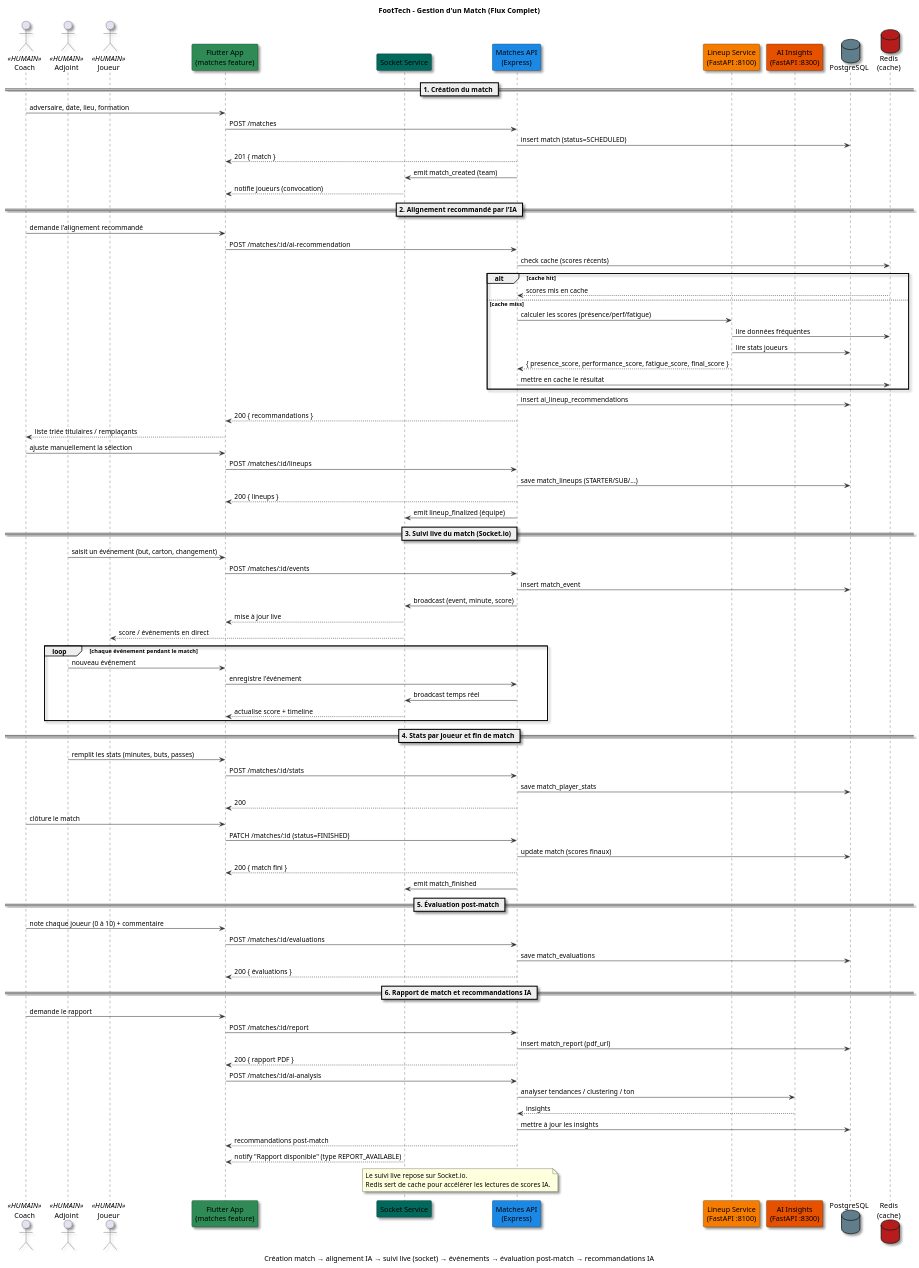
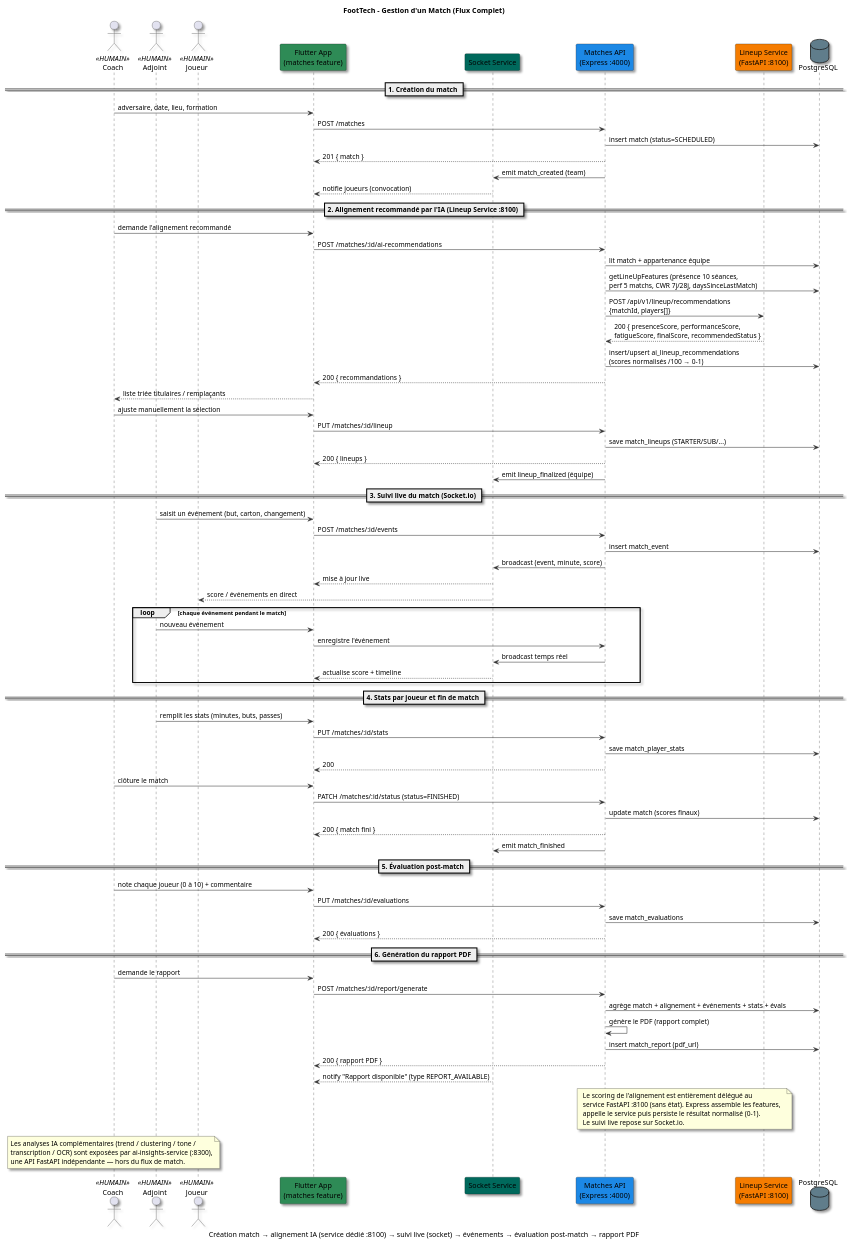
The diagram in diagrammes/07_match_management.puml (boubayafares/pfe_complete), drawn with PlantUML before and after one commit. The commit also changed 588 other files, not shown here.

```diff
--- a/diagrammes/07_match_management.puml
+++ b/diagrammes/07_match_management.puml
@@ -1,134 +1,132 @@
 @startuml
 !pragma layout smetana
 title FootTech - Gestion d'un Match (Flux Complet)
-caption Création match → alignement IA → suivi live (socket) → événements → évaluation post-match → recommandations IA
+caption Création match → alignement IA (service dédié :8100) → suivi live (socket) → événements → évaluation post-match → rapport PDF
 
 skinparam backgroundColor #FFFFFF
 skinparam defaultFontName "Segoe UI"
 skinparam shadowing true
 skinparam ArrowColor #333333
 
 ' ============================================================================
 ' PARTICIPANTS
 ' ============================================================================
 actor "Coach" as COACH <<HUMAIN>>
 actor "Adjoint" as ADJOINT <<HUMAIN>>
 actor "Joueur" as PLAYER <<HUMAIN>>
 
 ' --- FLUTTER (VERT) ---
 participant "Flutter App\n(matches feature)" as FLUTTER #2E8B57
 participant "Socket Service" as SOCKET #00695C
 
 ' --- API / SERVICES (BLEU / ORANGE) ---
-participant "Matches API\n(Express)" as MATCH_API #1E88E5
+participant "Matches API\n(Express :4000)" as MATCH_API #1E88E5
 participant "Lineup Service\n(FastAPI :8100)" as LINEUP #F57C00
-participant "AI Insights\n(FastAPI :8300)" as INSIGHTS #E65100
 
 ' --- STOCKAGE ---
 database "PostgreSQL" as PG #607D8B
-database "Redis\n(cache)" as REDIS #B71C1C
 
 ' ============================================================================
 ' ÉTAPE 1 : CRÉATION DU MATCH
 ' ============================================================================
 == 1. Création du match ==
 
 COACH -> FLUTTER : adversaire, date, lieu, formation
 FLUTTER -> MATCH_API : POST /matches
 MATCH_API -> PG : insert match (status=SCHEDULED)
 MATCH_API --> FLUTTER : 201 { match }
 MATCH_API -> SOCKET : emit match_created (team)
 SOCKET --> FLUTTER : notifie joueurs (convocation)
 
 ' ============================================================================
 ' ÉTAPE 2 : CALCUL DE L'ALIGNEMENT IA
 ' ============================================================================
-== 2. Alignement recommandé par l'IA ==
+== 2. Alignement recommandé par l'IA (Lineup Service :8100) ==
 
 COACH -> FLUTTER : demande l'alignement recommandé
-FLUTTER -> MATCH_API : POST /matches/:id/ai-recommendation
-MATCH_API -> REDIS : check cache (scores récents)
-alt cache hit
-    REDIS --> MATCH_API : scores mis en cache
-else cache miss
-    MATCH_API -> LINEUP : calculer les scores (présence/perf/fatigue)
-    LINEUP -> REDIS : lire données fréquentes
-    LINEUP -> PG : lire stats joueurs
-    LINEUP --> MATCH_API : { presence_score, performance_score, fatigue_score, final_score }
-    MATCH_API -> REDIS : mettre en cache le résultat
-end
-MATCH_API -> PG : insert ai_lineup_recommendations
+FLUTTER -> MATCH_API : POST /matches/:id/ai-recommendations
+MATCH_API -> PG : lit match + appartenance équipe
+MATCH_API -> PG : getLineUpFeatures (présence 10 séances,\nperf 5 matchs, CWR 7j/28j, daysSinceLastMatch)
+MATCH_API -> LINEUP : POST /api/v1/lineup/recommendations\n{matchId, players[]}
+LINEUP --> MATCH_API : 200 { presenceScore, performanceScore,\nfatigueScore, finalScore, recommendedStatus }
+MATCH_API -> PG : insert/upsert ai_lineup_recommendations\n(scores normalisés /100 → 0-1)
 MATCH_API --> FLUTTER : 200 { recommandations }
 FLUTTER --> COACH : liste triée titulaires / remplaçants
 
 COACH -> FLUTTER : ajuste manuellement la sélection
-FLUTTER -> MATCH_API : POST /matches/:id/lineups
+FLUTTER -> MATCH_API : PUT /matches/:id/lineup
 MATCH_API -> PG : save match_lineups (STARTER/SUB/...)
 MATCH_API --> FLUTTER : 200 { lineups }
 MATCH_API -> SOCKET : emit lineup_finalized (équipe)
 
 ' ============================================================================
 ' ÉTAPE 3 : SUIVI LIVE VIA SOCKET
 ' ============================================================================
 == 3. Suivi live du match (Socket.io) ==
 
 ADJOINT -> FLUTTER : saisit un événement (but, carton, changement)
 FLUTTER -> MATCH_API : POST /matches/:id/events
 MATCH_API -> PG : insert match_event
 MATCH_API -> SOCKET : broadcast (event, minute, score)
 SOCKET --> FLUTTER : mise à jour live
 SOCKET --> PLAYER : score / événements en direct
 
 loop chaque événement pendant le match
     ADJOINT -> FLUTTER : nouveau événement
     FLUTTER -> MATCH_API : enregistre l'événement
     MATCH_API -> SOCKET : broadcast temps réel
     SOCKET --> FLUTTER : actualise score + timeline
 end
 
 ' ============================================================================
 ' ÉTAPE 4 : STATISTIQUES + FIN DE MATCH
 ' ============================================================================
 == 4. Stats par joueur et fin de match ==
 
 ADJOINT -> FLUTTER : remplit les stats (minutes, buts, passes)
-FLUTTER -> MATCH_API : POST /matches/:id/stats
+FLUTTER -> MATCH_API : PUT /matches/:id/stats
 MATCH_API -> PG : save match_player_stats
 MATCH_API --> FLUTTER : 200
 
 COACH -> FLUTTER : clôture le match
-FLUTTER -> MATCH_API : PATCH /matches/:id (status=FINISHED)
+FLUTTER -> MATCH_API : PATCH /matches/:id/status (status=FINISHED)
 MATCH_API -> PG : update match (scores finaux)
 MATCH_API --> FLUTTER : 200 { match fini }
 MATCH_API -> SOCKET : emit match_finished
 
 ' ============================================================================
 ' ÉTAPE 5 : ÉVALUATION POST-MATCH
 ' ============================================================================
 == 5. Évaluation post-match ==
 
 COACH -> FLUTTER : note chaque joueur (0 à 10) + commentaire
-FLUTTER -> MATCH_API : POST /matches/:id/evaluations
+FLUTTER -> MATCH_API : PUT /matches/:id/evaluations
 MATCH_API -> PG : save match_evaluations
 MATCH_API --> FLUTTER : 200 { évaluations }
 
 ' ============================================================================
-' ÉTAPE 6 : RAPPORT + RECOMMANDATIONS IA
+' ÉTAPE 6 : RAPPORT DE MATCH
 ' ============================================================================
-== 6. Rapport de match et recommandations IA ==
+== 6. Génération du rapport PDF ==
 
 COACH -> FLUTTER : demande le rapport
-FLUTTER -> MATCH_API : POST /matches/:id/report
+FLUTTER -> MATCH_API : POST /matches/:id/report/generate
+MATCH_API -> PG : agrège match + alignement + événements + stats + évals
+MATCH_API -> MATCH_API : génère le PDF (rapport complet)
 MATCH_API -> PG : insert match_report (pdf_url)
 MATCH_API --> FLUTTER : 200 { rapport PDF }
-
-FLUTTER -> MATCH_API : POST /matches/:id/ai-analysis
-MATCH_API -> INSIGHTS : analyser tendances / clustering / ton
-INSIGHTS --> MATCH_API : insights
-MATCH_API -> PG : mettre à jour les insights
-MATCH_API --> FLUTTER : recommandations post-match
 SOCKET --> FLUTTER : notify "Rapport disponible" (type REPORT_AVAILABLE)
 
-note over MATCH_API, SOCKET : Le suivi live repose sur Socket.io.\nRedis sert de cache pour accélérer les lectures de scores IA.
+note over MATCH_API, LINEUP
+  Le scoring de l'alignement est entièrement délégué au
+  service FastAPI :8100 (sans état). Express assemble les features,
+  appelle le service puis persiste le résultat normalisé (0-1).
+  Le suivi live repose sur Socket.io.
+end note
+note over COACH
+  Les analyses IA complémentaires (trend / clustering / tone /
+  transcription / OCR) sont exposées par ai-insights-service (:8300),
+  une API FastAPI indépendante — hors du flux de match.
+end note
 
 @enduml
```
